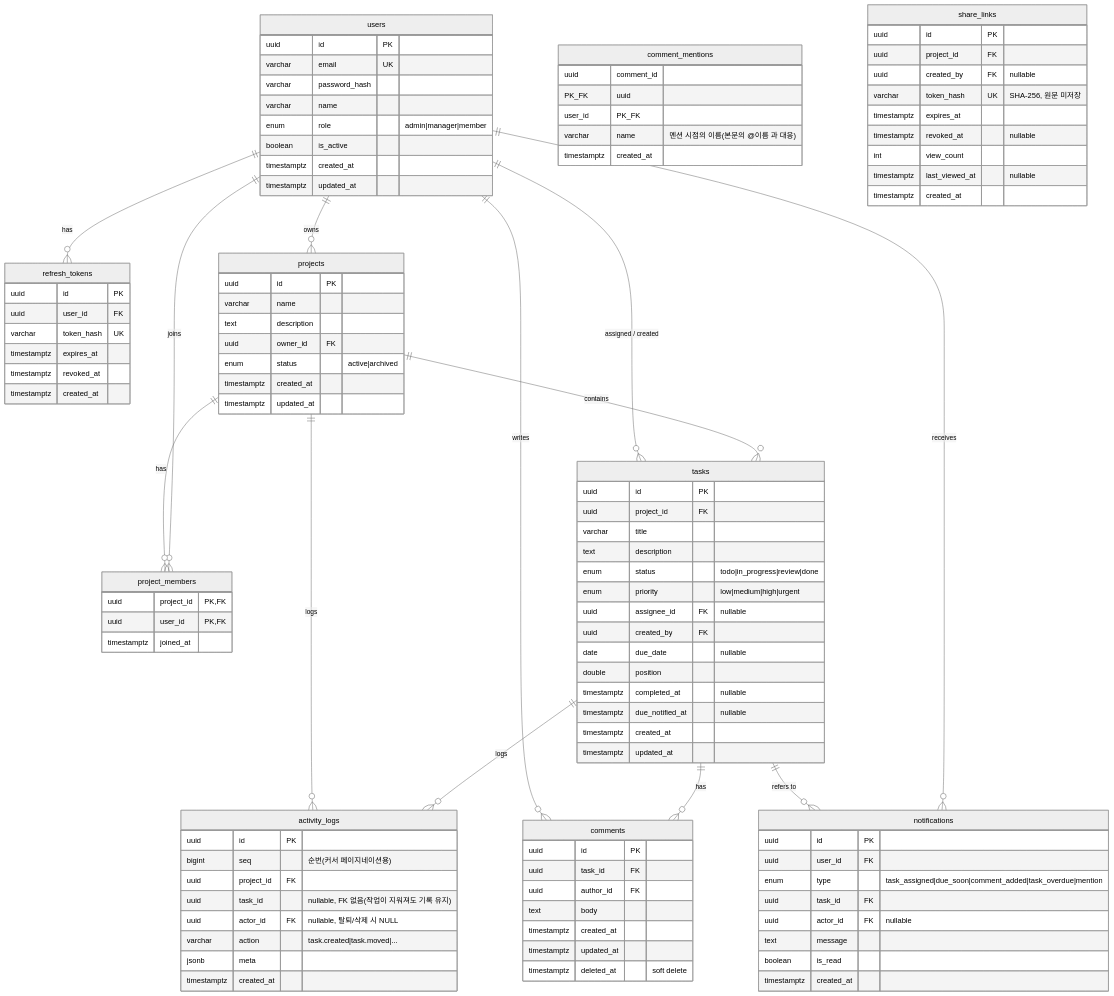
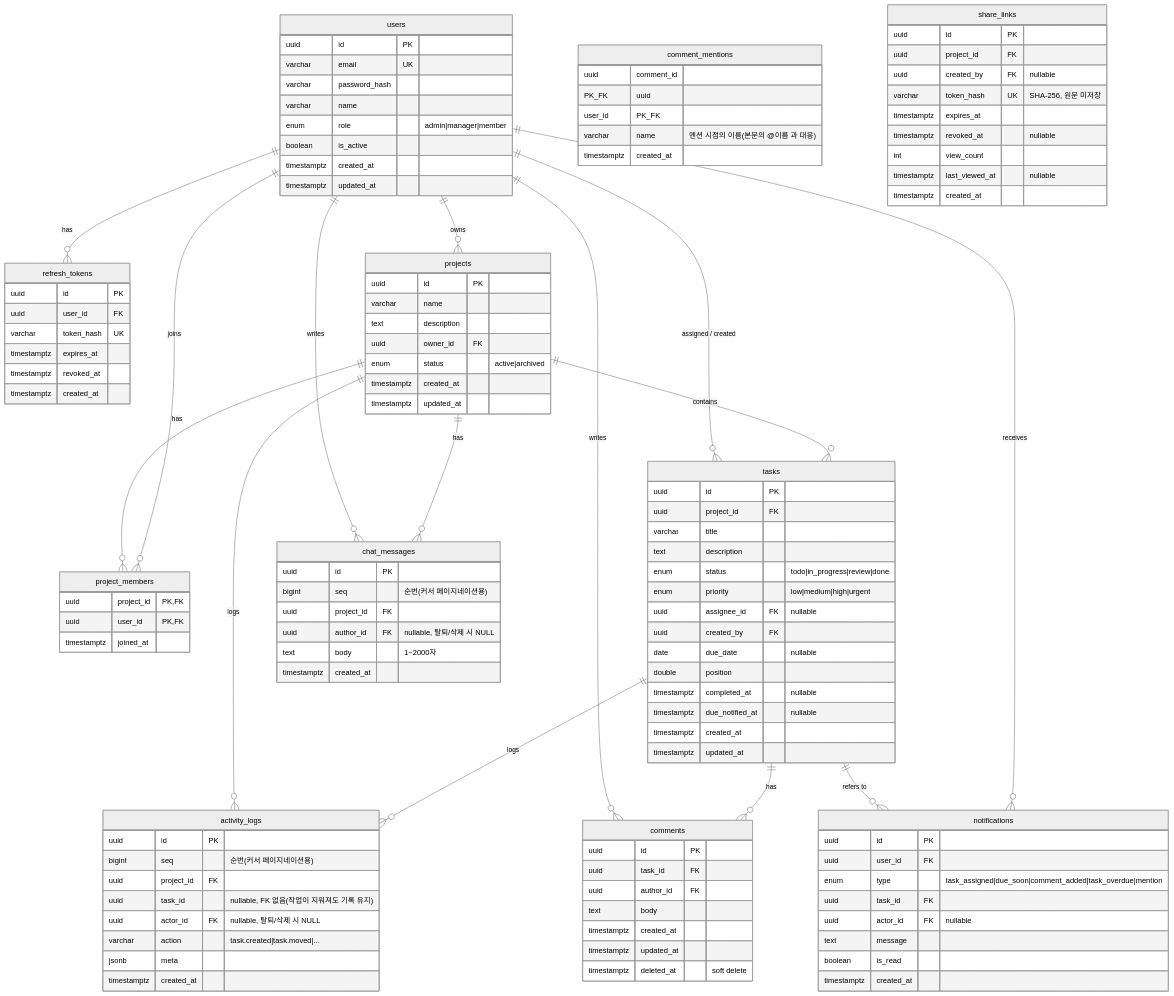
The diagram in docs/DESIGN.md (stulss/team-pm-app), drawn with Mermaid (neutral theme) before and after one commit. The commit also changed other lines of this file and 21 other files, not shown here.

Commit message:
feat(chat): per-project realtime chat room with history, limits and retention (M12)

````diff
--- a/docs/DESIGN.md
+++ b/docs/DESIGN.md
@@ -62,6 +62,8 @@
     tasks ||--o{ notifications : "refers to"
     tasks ||--o{ activity_logs : logs
     projects ||--o{ activity_logs : logs
+    projects ||--o{ chat_messages : has
+    users ||--o{ chat_messages : writes
 
     users {
         uuid id PK
@@ -157,4 +159,12 @@
         jsonb meta
         timestamptz created_at
     }
+    chat_messages {
+        uuid id PK
+        bigint seq "순번(커서 페이지네이션용)"
+        uuid project_id FK
+        uuid author_id FK "nullable, 탈퇴/삭제 시 NULL"
+        text body "1~2000자"
+        timestamptz created_at
+    }
 ```
````
